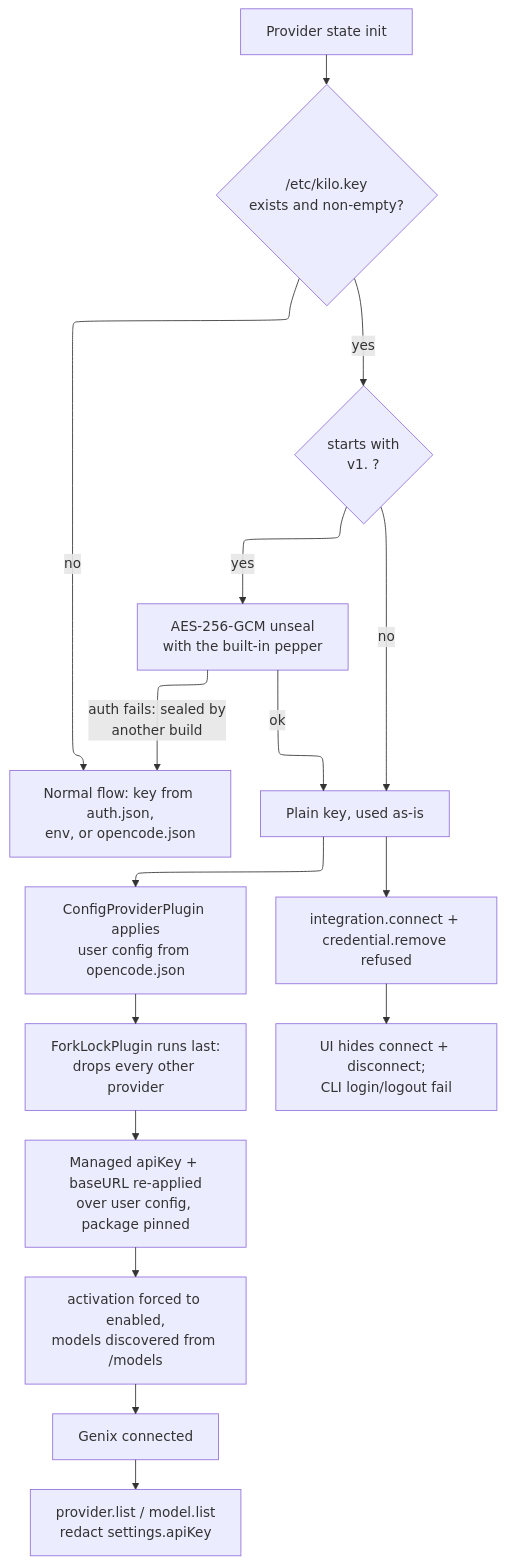
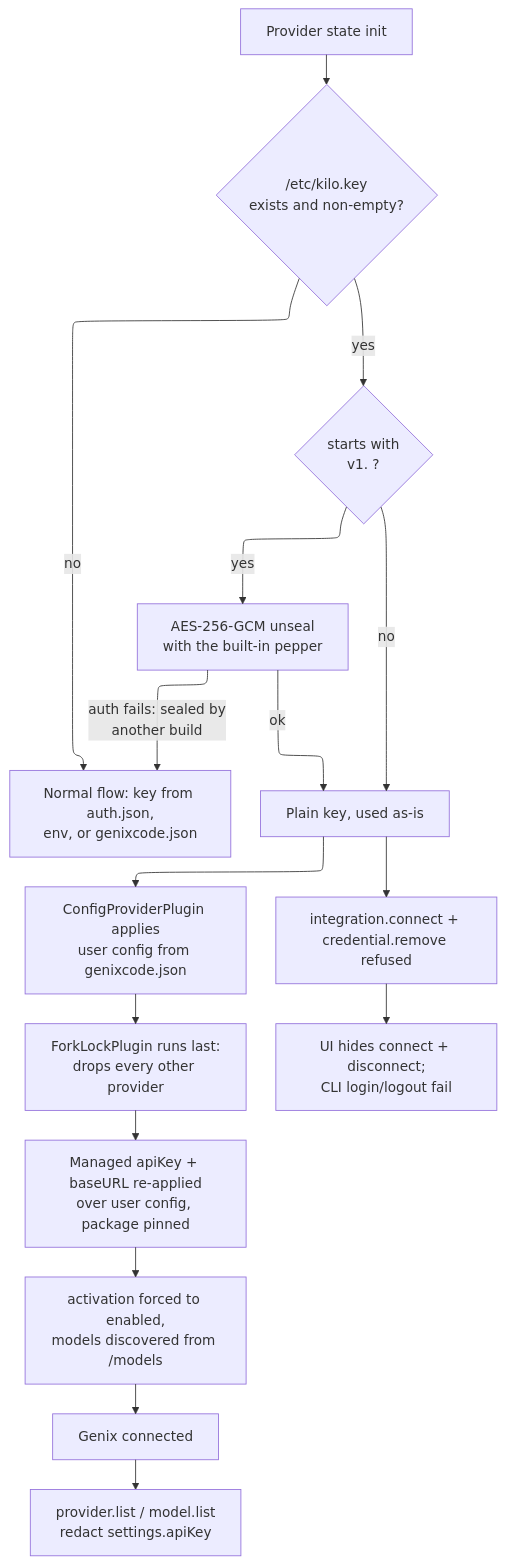
One commit to t7tran/opencode changed the first of 3 diagrams in FORK.md. Above: the diagram before and after it, drawn with Mermaid. The commit also changed other lines of this file and 35 other files, not shown here.

Commit message:
feat(fork): read project config from .genixcode/ and genixcode.json(c) instead of .opencode/ and opencode.json(c)

````diff
--- a/FORK.md
+++ b/FORK.md
@@ -366,22 +416,22 @@
 ```mermaid
 ---
 config:
   layout: elk
 ---
 flowchart TB
   A["Provider state init"] --> P{"/etc/kilo.key<br/>exists and non-empty?"}
-  P -- "no" --> C["Normal flow: key from auth.json,<br/>env, or opencode.json"]
+  P -- "no" --> C["Normal flow: key from auth.json,<br/>env, or genixcode.json"]
   P -- "yes" --> Q{"starts with<br/>v1. ?"}
   Q -- "no" --> B["Plain key, used as-is"]
   Q -- "yes" --> R["AES-256-GCM unseal<br/>with the built-in pepper"]
   R -- "auth fails: sealed by<br/>another build" --> C
   R -- "ok" --> B
-  B --> D["ConfigProviderPlugin applies<br/>user config from opencode.json"]
+  B --> D["ConfigProviderPlugin applies<br/>user config from genixcode.json"]
   D --> E["ForkLockPlugin runs last:<br/>drops every other provider"]
   E --> F["Managed apiKey + baseURL re-applied<br/>over user config, package pinned"]
   F --> G["activation forced to enabled,<br/>models discovered from /models"]
   G --> H["Genix connected"]
   H --> I["provider.list / model.list<br/>redact settings.apiKey"]
   B --> J["integration.connect + credential.remove refused"]
   J --> K["UI hides connect + disconnect;<br/>CLI login/logout fail"]
 ```
````
